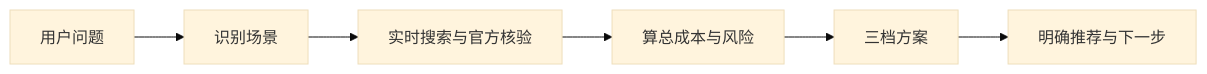
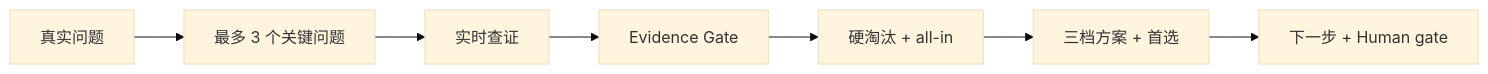
The diagram in README.md (qianquandong/liuzi-skill), drawn with Mermaid (base theme) before and after one commit. The commit also changed other lines of this file and 37 other files, not shown here.

````diff
--- a/README.md
+++ b/README.md
@@ -89,8 +96,9 @@
 ```mermaid
 flowchart LR
-    A[用户问题] --> B[识别场景]
-    B --> C[实时搜索与官方核验]
-    C --> D[算总成本与风险]
-    D --> E[三档方案]
-    E --> F[明确推荐与下一步]
+    A[真实问题] --> B[最多 3 个关键问题]
+    B --> C[实时查证]
+    C --> D[Evidence Gate]
+    D --> E[硬淘汰 + all-in]
+    E --> F[三档方案 + 首选]
+    F --> G[下一步 + Human gate]
 ```
````
